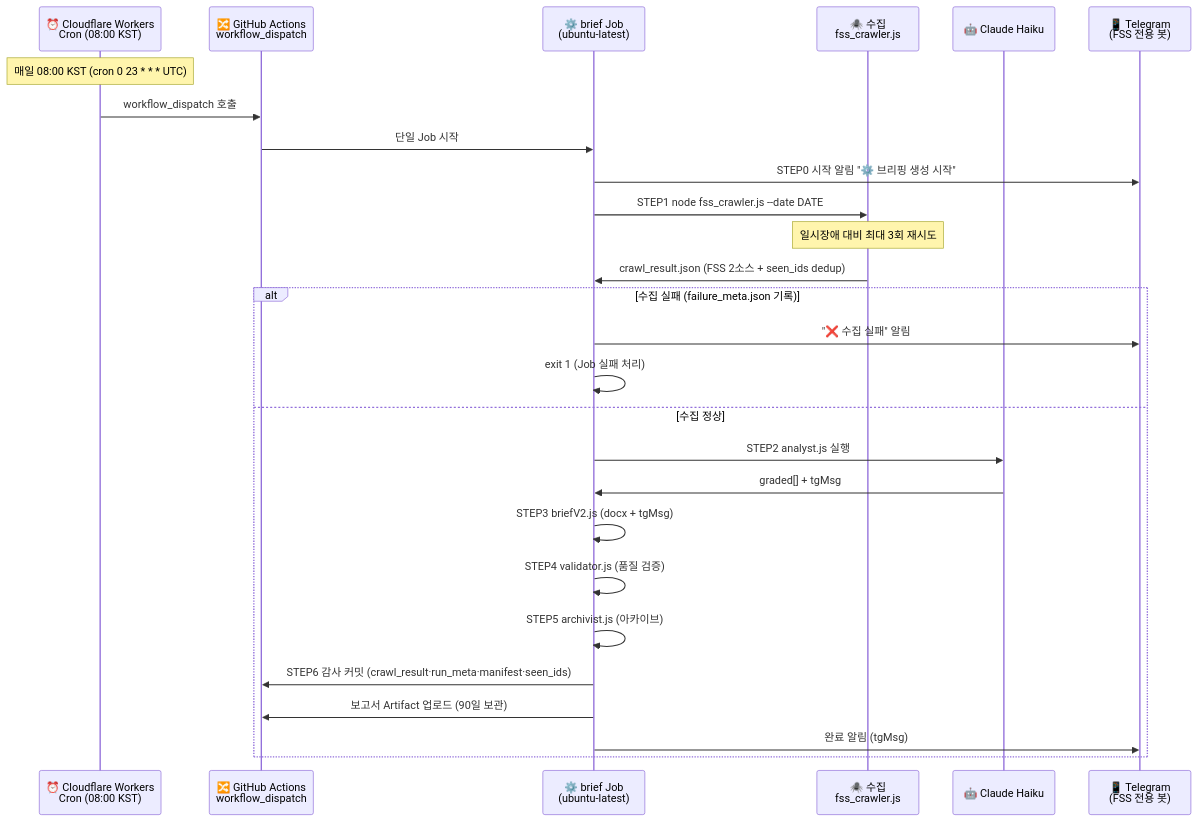
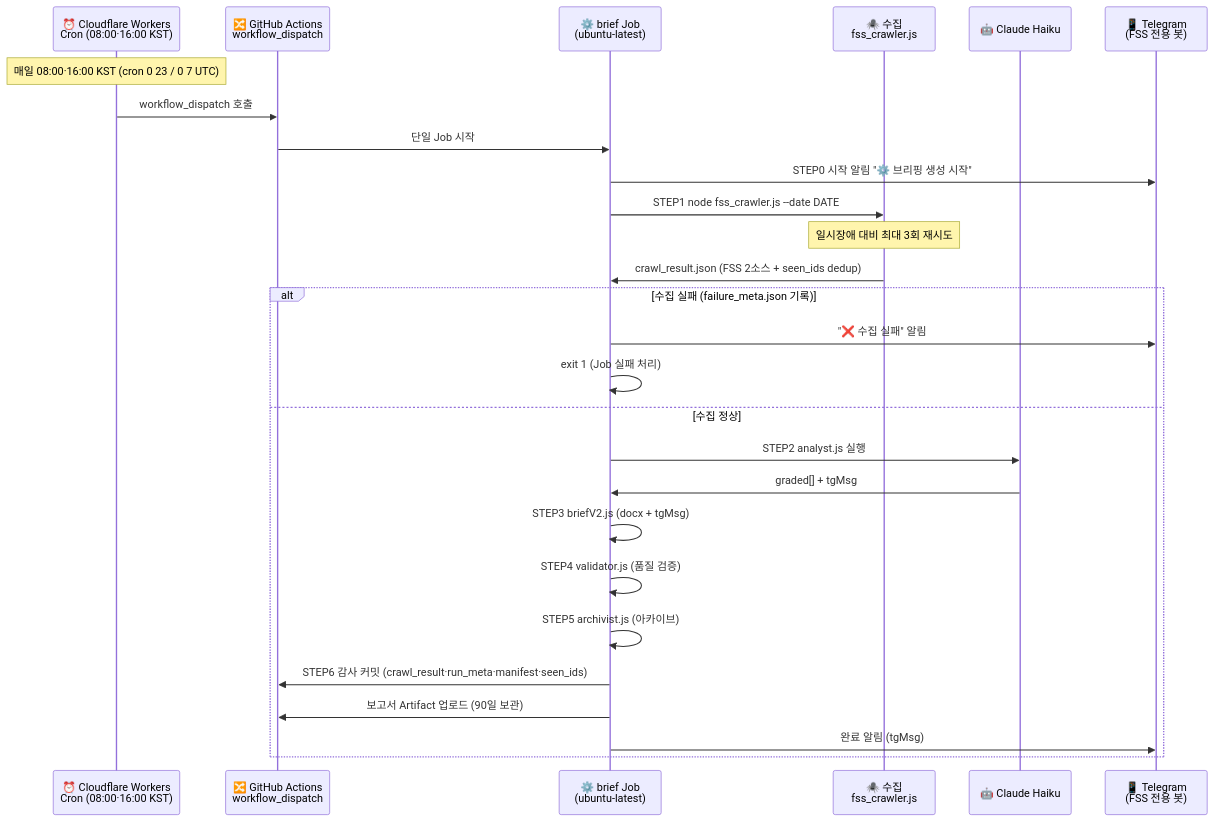
Before and after one commit to pyorocop-lang/ibk-FSS-brief: the diagram in docs/operations/workflow.md, drawn with Mermaid. The commit also changed other lines of this file and 20 other files, not shown here.

````diff
--- a/docs/operations/workflow.md
+++ b/docs/operations/workflow.md
@@ -19,30 +19,30 @@
 ```mermaid
 sequenceDiagram
-    participant CRON as ⏰ Cloudflare Workers<br>Cron (08:00 KST)
+    participant CRON as ⏰ Cloudflare Workers<br>Cron (08:00·16:00 KST)
     participant GH as 🔀 GitHub Actions<br>workflow_dispatch
     participant JOB as ⚙️ brief Job<br>(ubuntu-latest)
     participant CRAWLER as 🕷️ 수집<br>fss_crawler.js
     participant CLAUDE as 🤖 Claude Haiku
     participant TG as 📱 Telegram<br>(FSS 전용 봇)
 
-    Note over CRON: 매일 08:00 KST (cron 0 23 * * * UTC)
+    Note over CRON: 매일 08:00·16:00 KST (cron 0 23 / 0 7 UTC)
     CRON->>GH: workflow_dispatch 호출
     GH->>JOB: 단일 Job 시작
     JOB->>TG: STEP0 시작 알림 "⚙️ 브리핑 생성 시작"
     JOB->>CRAWLER: STEP1 node fss_crawler.js --date DATE
     Note over CRAWLER: 일시장애 대비 최대 3회 재시도
     CRAWLER->>JOB: crawl_result.json (FSS 2소스 + seen_ids dedup)
     alt 수집 실패 (failure_meta.json 기록)
         JOB->>TG: "❌ 수집 실패" 알림
         JOB->>JOB: exit 1 (Job 실패 처리)
     else 수집 정상
         JOB->>CLAUDE: STEP2 analyst.js 실행
         CLAUDE->>JOB: graded[] + tgMsg
         JOB->>JOB: STEP3 briefV2.js (docx + tgMsg)
         JOB->>JOB: STEP4 validator.js (품질 검증)
         JOB->>JOB: STEP5 archivist.js (아카이브)
         JOB->>GH: STEP6 감사 커밋 (crawl_result·run_meta·manifest·seen_ids)
         JOB->>GH: 보고서 Artifact 업로드 (90일 보관)
         JOB->>TG: 완료 알림 (tgMsg)
     end
 ```
````
